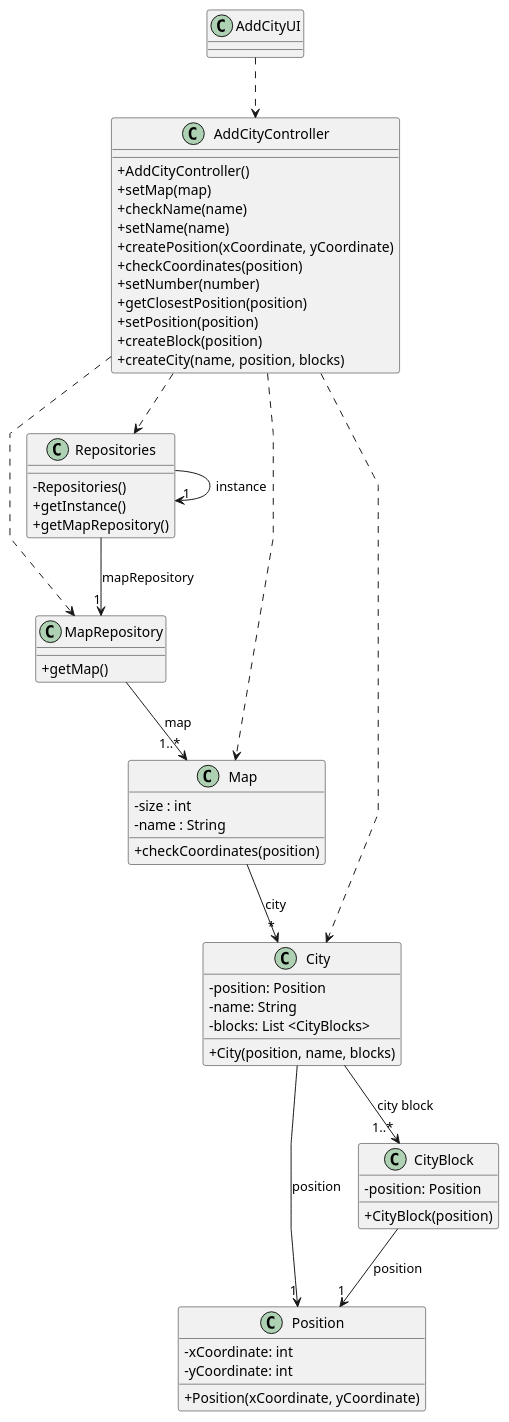
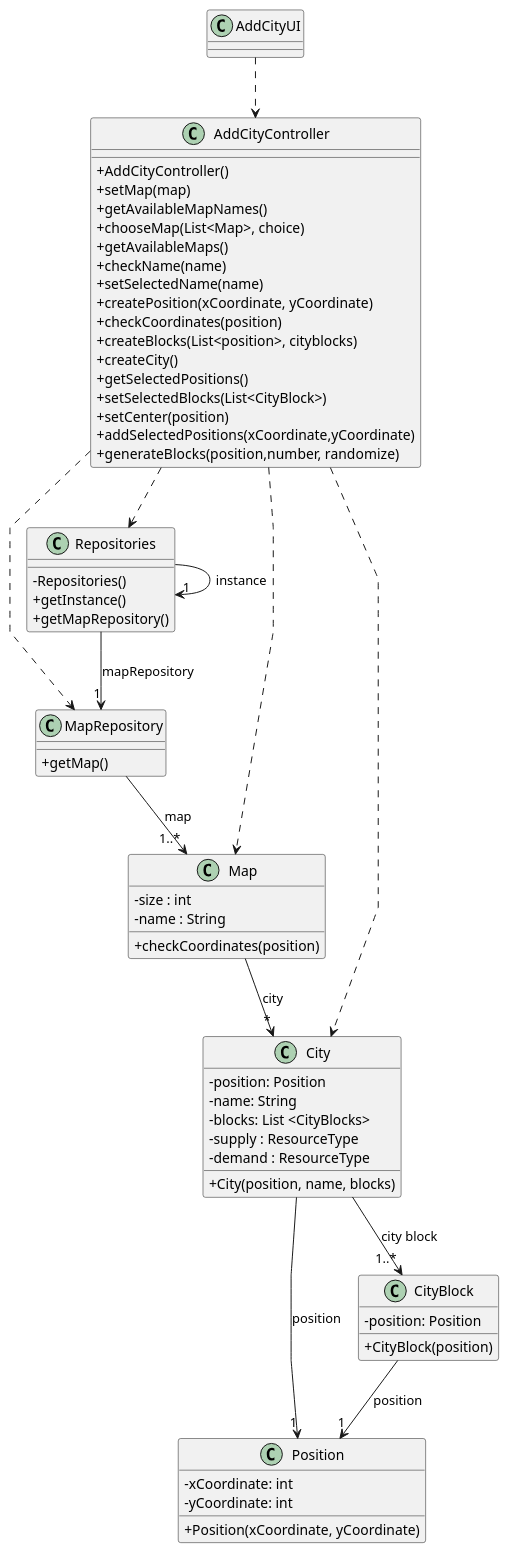
One commit to 1240935/pi2-railway-simulator changed the diagram in Sprint2/US003/03.design/puml/US003-CD.puml. Above: the diagram before and after it, drawn with PlantUML. The commit also changed 20 other files, not shown here.

```diff
--- a/Sprint2/US003/03.design/puml/US003-CD.puml
+++ b/Sprint2/US003/03.design/puml/US003-CD.puml
@@ -1,81 +1,88 @@
 @startuml
 'skinparam monochrome true
 skinparam packageStyle rectangle
 skinparam shadowing false
 skinparam linetype polyline
 'skinparam linetype orto
 
 skinparam classAttributeIconSize 0
 
 'left to right direction
 
 class AddCityUI {
 
 }
 
 class AddCityController {
   +AddCityController()
   +setMap(map)
+  +getAvailableMapNames()
+  +chooseMap(List<Map>, choice)
+  +getAvailableMaps()
   +checkName(name)
-  +setName(name)
+  +setSelectedName(name)
   +createPosition(xCoordinate, yCoordinate)
   +checkCoordinates(position)
-  +setNumber(number)
-  +getClosestPosition(position)
-  +setPosition(position)
-  +createBlock(position)
-  +createCity(name, position, blocks)
+  +createBlocks(List<position>, cityblocks)
+  +createCity()
+  +getSelectedPositions()
+  +setSelectedBlocks(List<CityBlock>)
+  +setCenter(position)
+  +addSelectedPositions(xCoordinate,yCoordinate)
+  +generateBlocks(position,number, randomize)
 }
 
 class MapRepository {
      +getMap()
 }
 
 class Repositories {
     - Repositories()
     + getInstance()
     + getMapRepository()
 }
 
 class Map {
   - size : int
   - name : String
   +checkCoordinates(position)
 }
 
 class City {
   - position: Position
   - name: String
   - blocks: List <CityBlocks>
+  - supply : ResourceType
+  - demand : ResourceType
   + City(position, name, blocks)
 }
 
 class Position {
  - xCoordinate: int
  - yCoordinate: int
  +Position(xCoordinate, yCoordinate)
 }
 
 class CityBlock{
    - position: Position
    +CityBlock(position)
 }
 
 AddCityUI ..> AddCityController
 AddCityController ..> Repositories
 AddCityController ..> MapRepository
 AddCityController ..> City
 AddCityController ..> Map
 
 MapRepository --> "1..*" Map : map
 
 Map --> "*" City : city
 
 Repositories --> "1" MapRepository : mapRepository
 Repositories --> "1" Repositories : instance
 
 City --> "1" Position : position
 City --> "1..*" CityBlock : city block
 CityBlock --> "1" Position : position
 
 @enduml
```
